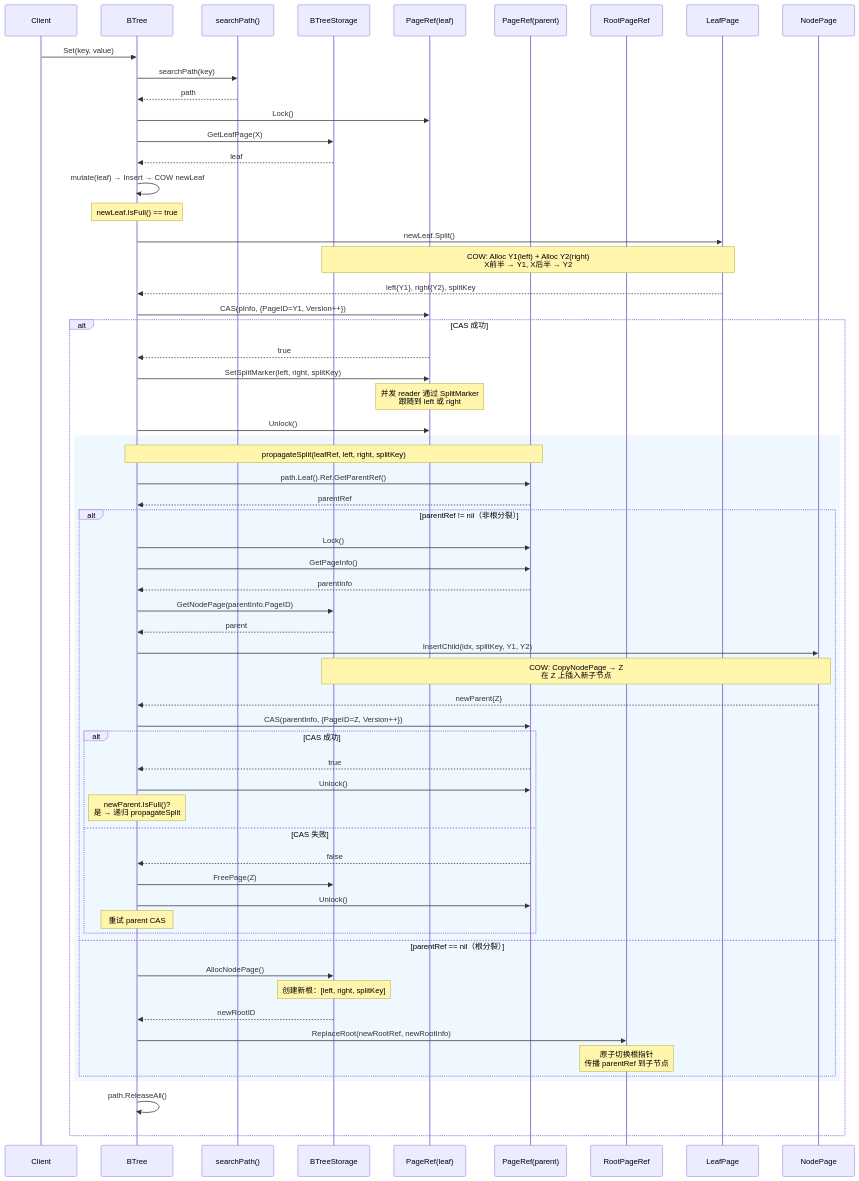
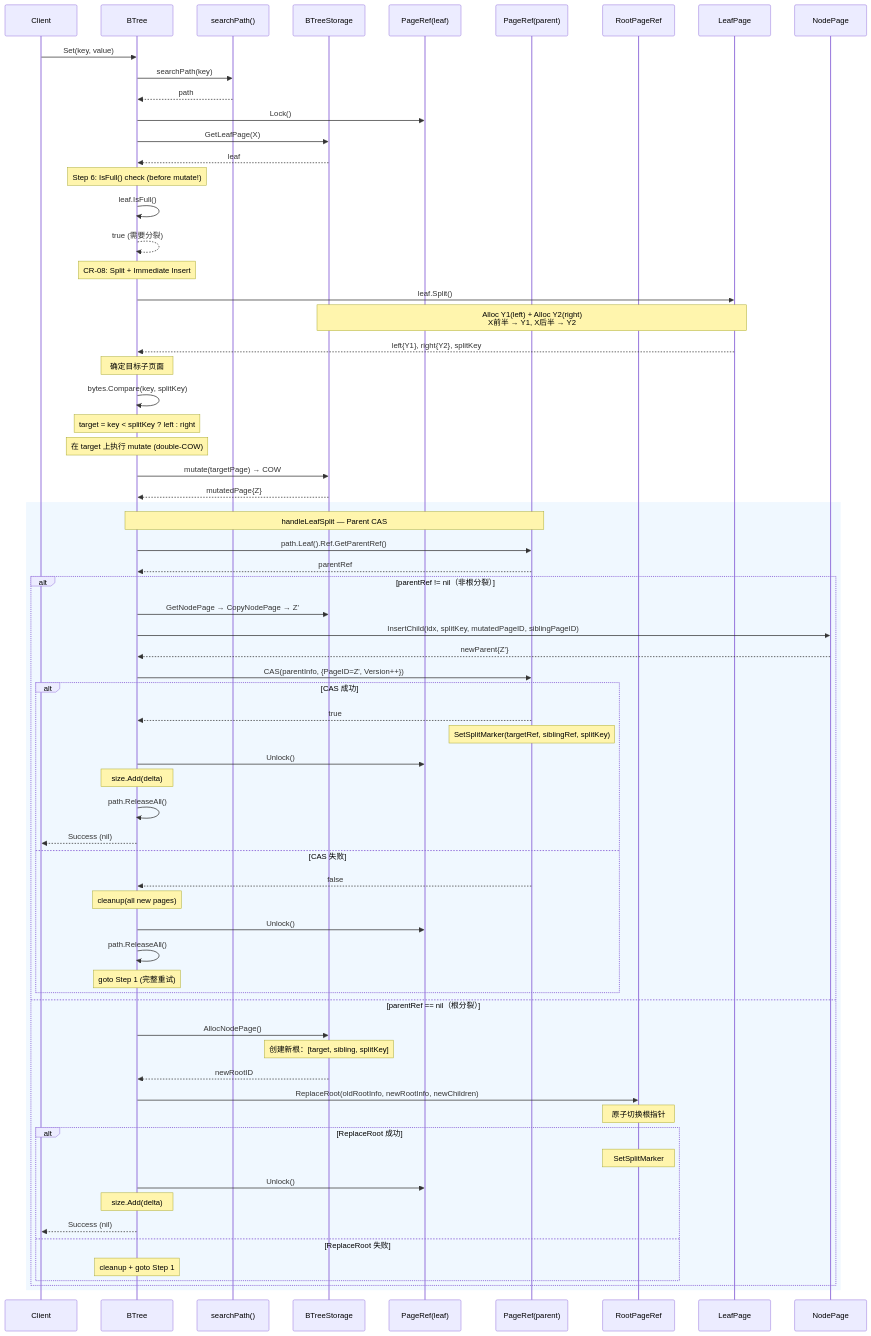
One commit to jzhang405/NexKV changed the second of 3 diagrams in docs/07_spike/btree-refactor/2026-04-02-btree-refactor-interface.md. Above: the diagram before and after it, drawn with Mermaid. The commit also changed other lines of this file and 3 other files, not shown here.

First line of the commit message:
refactor(docs): 整合 CR-08 Split+Immediate Insert 设计到文档

````diff
--- a/docs/07_spike/btree-refactor/2026-04-02-btree-refactor-interface.md
+++ b/docs/07_spike/btree-refactor/2026-04-02-btree-refactor-interface.md
@@ -501,72 +510,79 @@
 ```mermaid
 sequenceDiagram
     participant Client
     participant BTree
     participant SearchPath as searchPath()
     participant Storage as BTreeStorage
     participant LeafRef as PageRef(leaf)
     participant ParentRef as PageRef(parent)
     participant RootRef as RootPageRef
 
     Client->>BTree: Set(key, value)
     BTree->>SearchPath: searchPath(key)
     SearchPath-->>BTree: path
 
     BTree->>LeafRef: Lock()
     BTree->>Storage: GetLeafPage(X)
     Storage-->>BTree: leaf
 
-    BTree->>BTree: mutate(leaf) → Insert → COW newLeaf
-    Note over BTree: newLeaf.IsFull() == true
+    Note over BTree: Step 6: IsFull() check (before mutate!)
+    BTree->>BTree: leaf.IsFull()
+    BTree-->>BTree: true (需要分裂)
 
-    BTree->>LeafPage: newLeaf.Split()
-    Note over LeafPage,Storage: COW: Alloc Y1(left) + Alloc Y2(right)<br/>X前半 → Y1, X后半 → Y2
+    Note over BTree: CR-08: Split + Immediate Insert
+    BTree->>LeafPage: leaf.Split()
+    Note over LeafPage,Storage: Alloc Y1(left) + Alloc Y2(right)<br/>X前半 → Y1, X后半 → Y2
     LeafPage-->>BTree: left{Y1}, right{Y2}, splitKey
 
-    BTree->>LeafRef: CAS(pInfo, {PageID=Y1, Version++})
+    Note over BTree: 确定目标子页面
+    BTree->>BTree: bytes.Compare(key, splitKey)
+    Note over BTree: target = key < splitKey ? left : right
 
-    alt CAS 成功
-        LeafRef-->>BTree: true
-        BTree->>LeafRef: SetSplitMarker(left, right, splitKey)
-        Note over LeafRef: 并发 reader 通过 SplitMarker<br/>跟随到 left 或 right
-        BTree->>LeafRef: Unlock()
+    Note over BTree: 在 target 上执行 mutate (double-COW)
+    BTree->>Storage: mutate(targetPage) → COW
+    Storage-->>BTree: mutatedPage{Z}
 
-        rect rgb(240, 248, 255)
-            Note over BTree,ParentRef: propagateSplit(leafRef, left, right, splitKey)
-            BTree->>ParentRef: path.Leaf().Ref.GetParentRef()
-            ParentRef-->>BTree: parentRef
+    rect rgb(240, 248, 255)
+        Note over BTree,ParentRef: handleLeafSplit — Parent CAS
+        BTree->>ParentRef: path.Leaf().Ref.GetParentRef()
+        ParentRef-->>BTree: parentRef
 
-            alt parentRef != nil（非根分裂）
-                BTree->>ParentRef: Lock()
-                BTree->>ParentRef: GetPageInfo()
-                ParentRef-->>BTree: parentInfo
-                BTree->>Storage: GetNodePage(parentInfo.PageID)
-                Storage-->>BTree: parent
-                BTree->>NodePage: InsertChild(idx, splitKey, Y1, Y2)
-                Note over NodePage,Storage: COW: CopyNodePage → Z<br/>在 Z 上插入新子节点
-                NodePage-->>BTree: newParent{Z}
+        alt parentRef != nil（非根分裂）
+            BTree->>Storage: GetNodePage → CopyNodePage → Z'
+            BTree->>NodePage: InsertChild(idx, splitKey, mutatedPageID, siblingPageID)
+            NodePage-->>BTree: newParent{Z'}
 
-                BTree->>ParentRef: CAS(parentInfo, {PageID=Z, Version++})
-                alt CAS 成功
-                    ParentRef-->>BTree: true
-                    BTree->>ParentRef: Unlock()
-                    Note over BTree: newParent.IsFull()?<br/>是 → 递归 propagateSplit
-                else CAS 失败
-                    ParentRef-->>BTree: false
-                    BTree->>Storage: FreePage(Z)
-                    BTree->>ParentRef: Unlock()
-                    Note over BTree: 重试 parent CAS
-                end
+            BTree->>ParentRef: CAS(parentInfo, {PageID=Z', Version++})
+            alt CAS 成功
+                ParentRef-->>BTree: true
+                Note over ParentRef: SetSplitMarker(targetRef, siblingRef, splitKey)
+                BTree->>LeafRef: Unlock()
+                Note over BTree: size.Add(delta)
+                BTree->>BTree: path.ReleaseAll()
+                BTree-->>Client: Success (nil)
+            else CAS 失败
+                ParentRef-->>BTree: false
+                Note over BTree: cleanup(all new pages)
+                BTree->>LeafRef: Unlock()
+                BTree->>BTree: path.ReleaseAll()
+                Note over BTree: goto Step 1 (完整重试)
+            end
 
-            else parentRef == nil（根分裂）
-                BTree->>Storage: AllocNodePage()
-                Note over Storage: 创建新根：[left, right, splitKey]
-                Storage-->>BTree: newRootID
-                BTree->>RootRef: ReplaceRoot(newRootRef, newRootInfo)
-                Note over RootRef: 原子切换根指针<br/>传播 parentRef 到子节点
+        else parentRef == nil（根分裂）
+            BTree->>Storage: AllocNodePage()
+            Note over Storage: 创建新根：[target, sibling, splitKey]
+            Storage-->>BTree: newRootID
+            BTree->>RootRef: ReplaceRoot(oldRootInfo, newRootInfo, newChildren)
+            Note over RootRef: 原子切换根指针
+
+            alt ReplaceRoot 成功
+                Note over RootRef: SetSplitMarker
+                BTree->>LeafRef: Unlock()
+                Note over BTree: size.Add(delta)
+                BTree-->>Client: Success (nil)
+            else ReplaceRoot 失败
+                Note over BTree: cleanup + goto Step 1
             end
         end
-
-        BTree->>BTree: path.ReleaseAll()
     end
 ```
````
